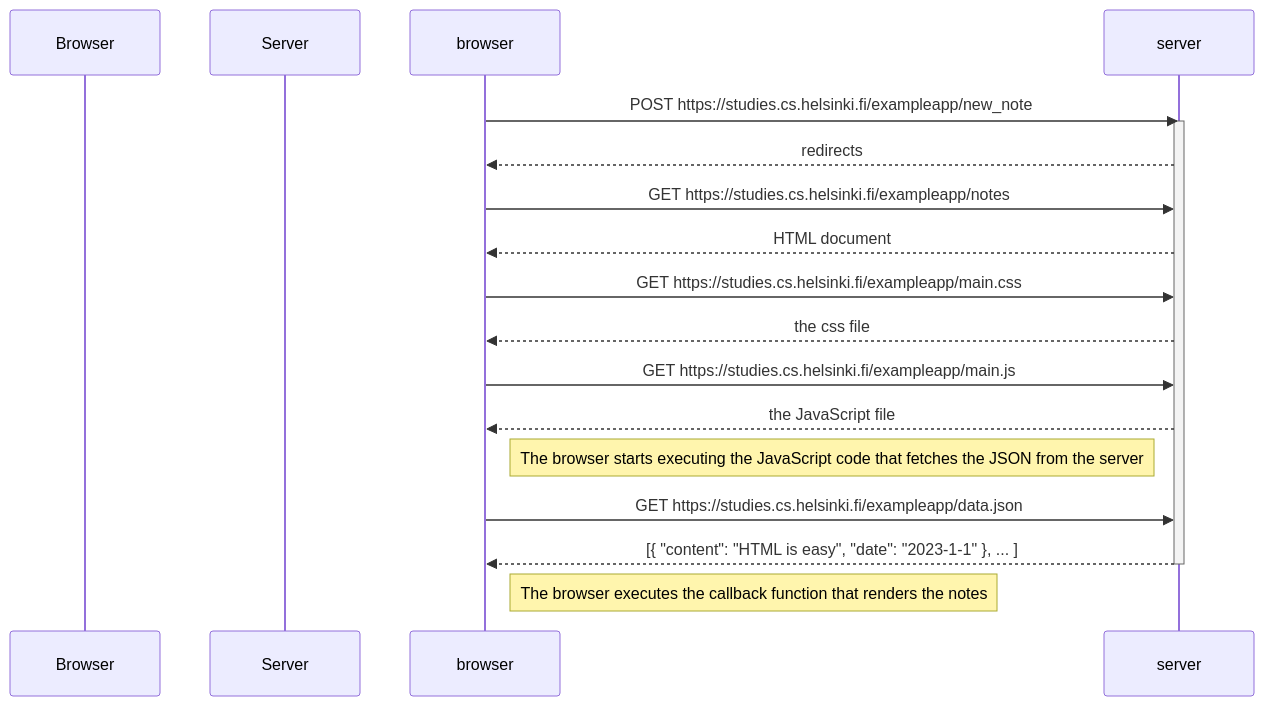
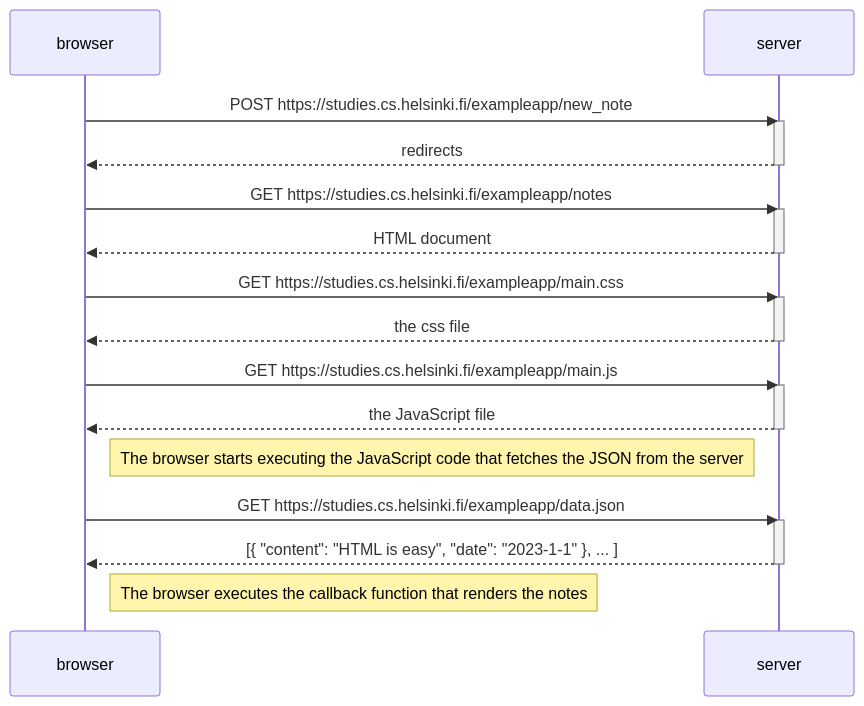
One commit to teraSurfer40141/supreme-spork changed the diagram in part0/New note diagram.md. Above: the diagram before and after it, drawn with Mermaid.

Commit message:
Update New note diagram.md

````diff
--- a/part0/New note diagram.md
+++ b/part0/New note diagram.md
@@ -1,26 +1,34 @@
 ```mermaid
 sequenceDiagram
-    participant Browser
-    participant Server
+    participant browser
+    participant server
 
     browser->>server: POST https://studies.cs.helsinki.fi/exampleapp/new_note
     activate server
     server-->>browser: redirects
+    deactivate server
 
     browser->>server: GET https://studies.cs.helsinki.fi/exampleapp/notes
+    activate server
     server-->>browser: HTML document
+    deactivate server
 
     browser->>server: GET https://studies.cs.helsinki.fi/exampleapp/main.css
+    activate server
     server-->>browser: the css file
+    deactivate server
 
     browser->>server: GET https://studies.cs.helsinki.fi/exampleapp/main.js
+    activate server
     server-->>browser: the JavaScript file
+    deactivate server
 
     Note right of browser: The browser starts executing the JavaScript code that fetches the JSON from the server
 
     browser->>server: GET https://studies.cs.helsinki.fi/exampleapp/data.json
+    activate server
     server-->>browser: [{ "content": "HTML is easy", "date": "2023-1-1" }, ... ]
     deactivate server
 
     Note right of browser: The browser executes the callback function that renders the notes
 ```
````
